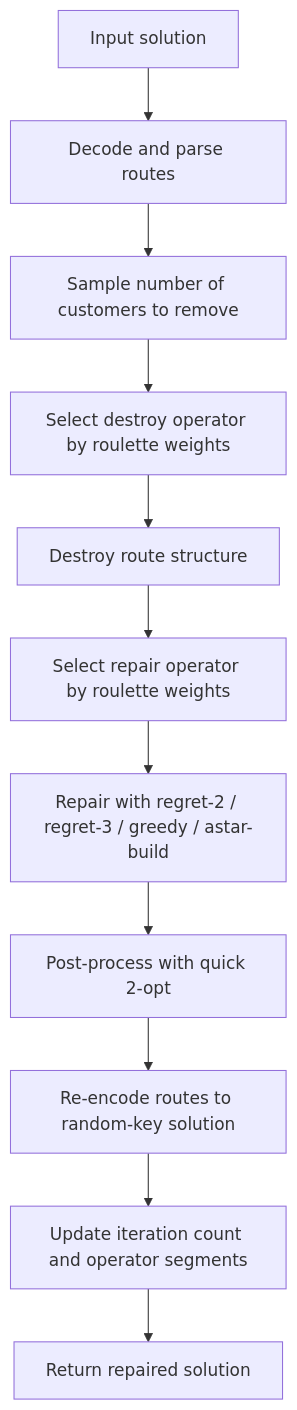
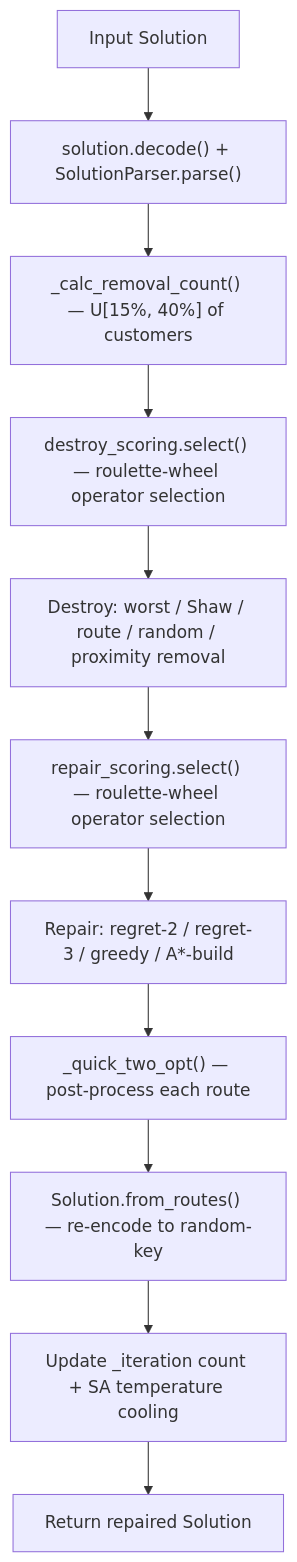
The fifth of 8 diagrams in q1_diagrams_mermaid.md (nmhieu981/vrptw-for-pisso), drawn with Mermaid before and after one commit. The commit also changed other lines of this file, not shown here.

````diff
--- a/q1_diagrams_mermaid.md
+++ b/q1_diagrams_mermaid.md
@@ -116,13 +208,13 @@
 ```mermaid
 flowchart TD
-    A["Input solution"] --> B["Decode and parse routes"]
-    B --> C["Sample number of customers to remove"]
-    C --> D["Select destroy operator by roulette weights"]
-    D --> E["Destroy route structure"]
-    E --> F["Select repair operator by roulette weights"]
-    F --> G["Repair with regret-2 / regret-3 / greedy / astar-build"]
-    G --> H["Post-process with quick 2-opt"]
-    H --> I["Re-encode routes to random-key solution"]
-    I --> J["Update iteration count and operator segments"]
-    J --> K["Return repaired solution"]
+    A["Input Solution"] --> B["solution.decode() + SolutionParser.parse()"]
+    B --> C["_calc_removal_count() — U[15%, 40%] of customers"]
+    C --> D["destroy_scoring.select() — roulette-wheel operator selection"]
+    D --> E["Destroy: worst / Shaw / route / random / proximity removal"]
+    E --> F["repair_scoring.select() — roulette-wheel operator selection"]
+    F --> G["Repair: regret-2 / regret-3 / greedy / A*-build"]
+    G --> H["_quick_two_opt() — post-process each route"]
+    H --> I["Solution.from_routes() — re-encode to random-key"]
+    I --> J["Update _iteration count + SA temperature cooling"]
+    J --> K["Return repaired Solution"]
 ```
````
